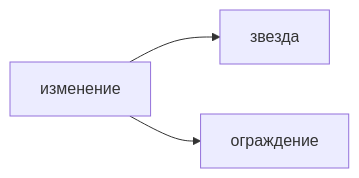
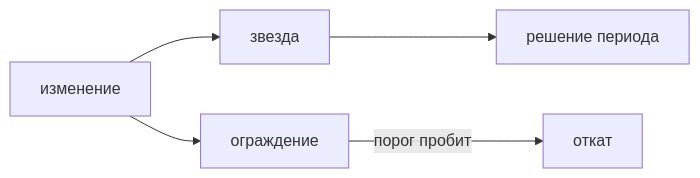
The diagram in nine-to-eighteen/ui/src/data/learn/product/pm15-metrics.md (AlexanderNY/cursor_test), drawn with Mermaid before and after one commit. The commit also changed other lines of this file and 40 other files, not shown here.

````diff
--- a/nine-to-eighteen/ui/src/data/learn/product/pm15-metrics.md
+++ b/nine-to-eighteen/ui/src/data/learn/product/pm15-metrics.md
@@ -52,5 +109,7 @@
 ```mermaid
 flowchart LR
   Change[изменение] --> Star[звезда]
   Change --> Guard[ограждение]
+  Guard -->|порог пробит| Back[откат]
+  Star --> Decide[решение периода]
 ```
````
